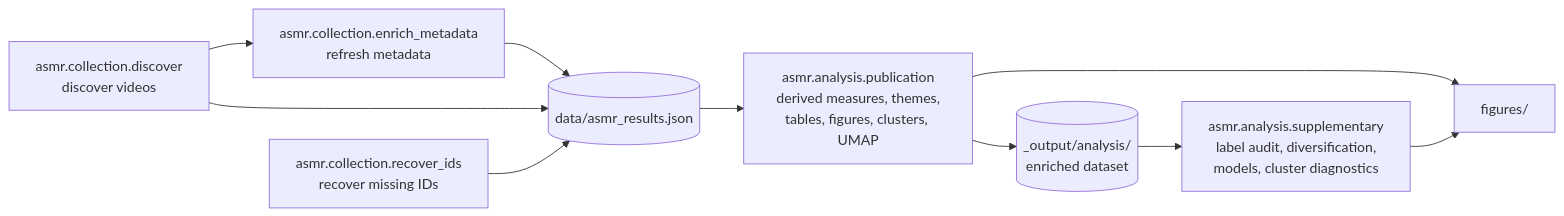
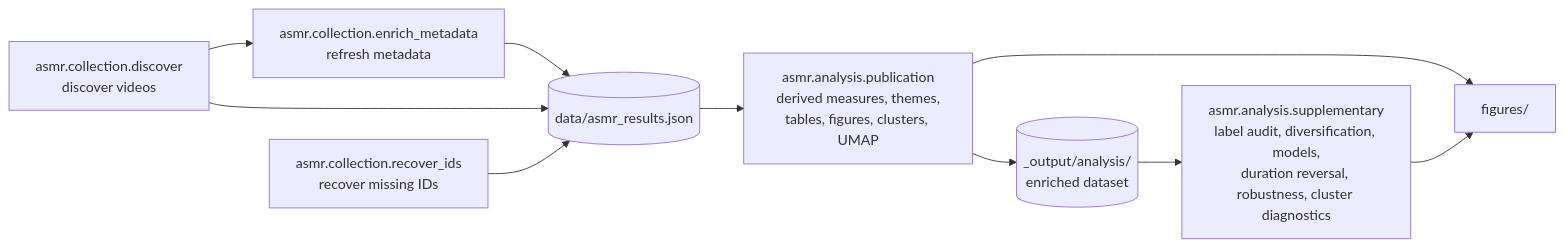
One commit to Shaadalam9/ASMR-analysis changed the diagram in README.md. Above: the diagram before and after it, drawn with Mermaid. The commit also changed other lines of this file and 12 other files, not shown here.

````diff
--- a/README.md
+++ b/README.md
@@ -19,12 +20,12 @@
 ```mermaid
 flowchart LR
     A[asmr.collection.discover<br/>discover videos] --> B[asmr.collection.enrich_metadata<br/>refresh metadata]
     B --> C[(data/asmr_results.json)]
     A --> C
     R[asmr.collection.recover_ids<br/>recover missing IDs] --> C
     C --> D[asmr.analysis.publication<br/>derived measures, themes,<br/>tables, figures, clusters, UMAP]
     D --> E[(_output/analysis/<br/>enriched dataset)]
-    E --> F[asmr.analysis.supplementary<br/>label audit, diversification,<br/>models, cluster diagnostics]
+    E --> F[asmr.analysis.supplementary<br/>label audit, diversification, models,<br/>duration reversal, robustness, cluster diagnostics]
     D --> G[figures/]
     F --> G
 ```
````
